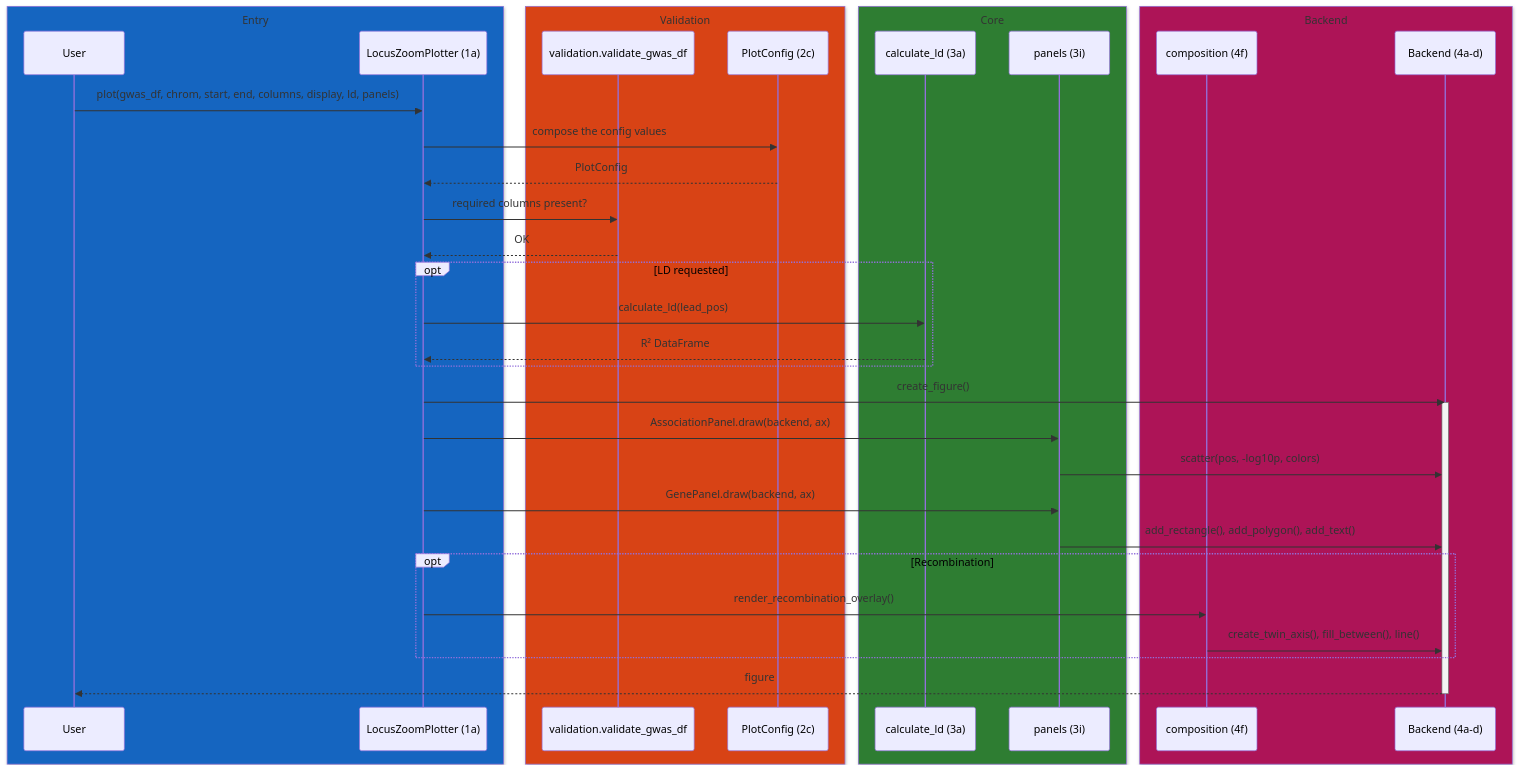
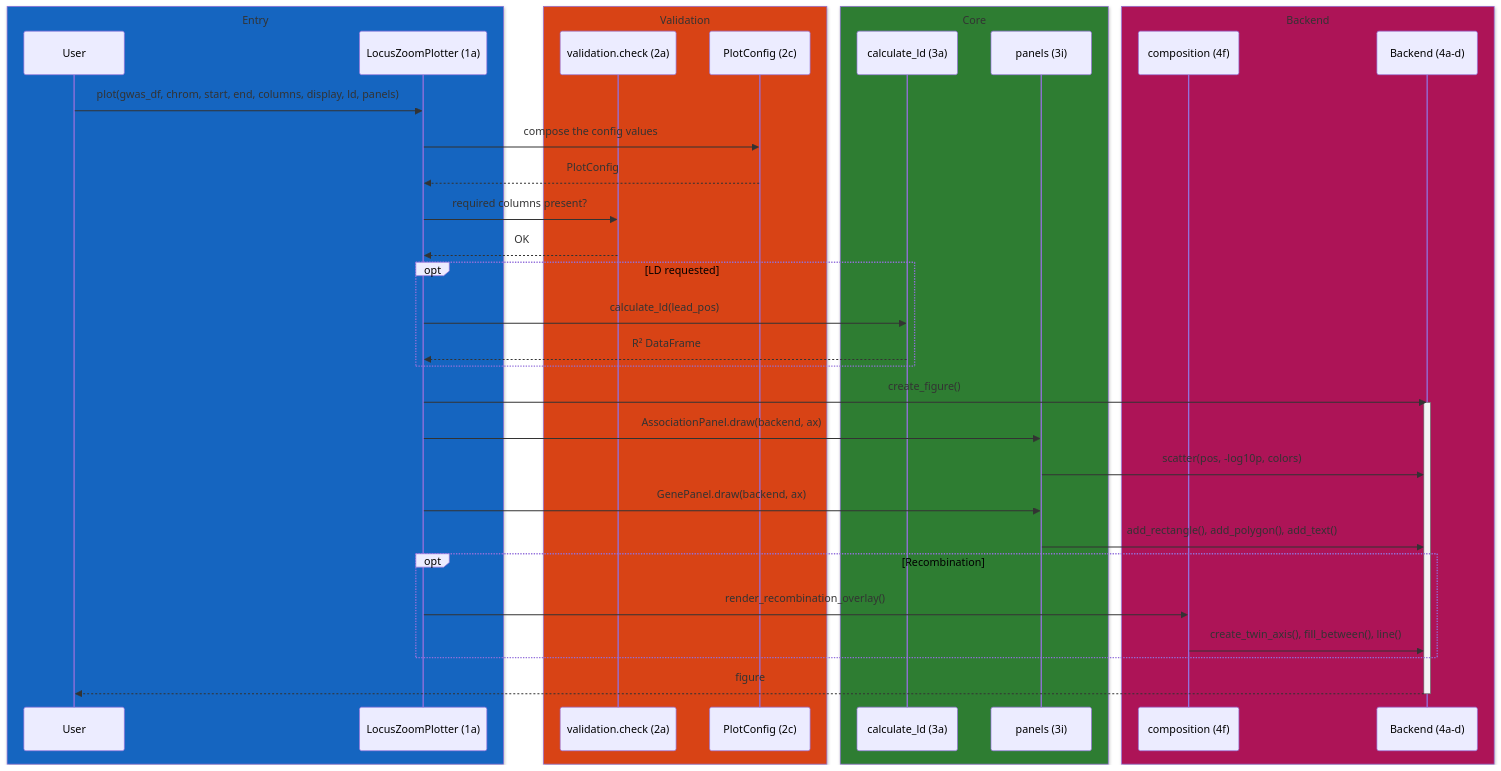
Before and after one commit to michael-denyer/pyLocusZoom: the second of 3 diagrams in docs/CODEMAP.md, drawn with Mermaid. The commit also changed other lines of this file and 78 other files, not shown here.

````diff
--- a/docs/CODEMAP.md
+++ b/docs/CODEMAP.md
@@ -320,43 +321,43 @@
 ```mermaid
 sequenceDiagram
     box rgb(21, 101, 192) Entry
         participant U as User
         participant P as LocusZoomPlotter (1a)
     end
     box rgb(216, 67, 21) Validation
-        participant V as validation.validate_gwas_df
+        participant V as validation.check (2a)
         participant C as PlotConfig (2c)
     end
     box rgb(46, 125, 50) Core
         participant L as calculate_ld (3a)
         participant G as panels (3i)
     end
     box rgb(173, 20, 87) Backend
         participant O as composition (4f)
         participant B as Backend (4a-d)
     end
 
     U->>P: plot(gwas_df, chrom, start, end, columns, display, ld, panels)
     P->>C: compose the config values
     C-->>P: PlotConfig
     P->>V: required columns present?
     V-->>P: OK
 
     opt LD requested
         P->>L: calculate_ld(lead_pos)
         L-->>P: R² DataFrame
     end
 
     P->>B: create_figure()
     activate B
     P->>G: AssociationPanel.draw(backend, ax)
     G->>B: scatter(pos, -log10p, colors)
     P->>G: GenePanel.draw(backend, ax)
     G->>B: add_rectangle(), add_polygon(), add_text()
     opt Recombination
         P->>O: render_recombination_overlay()
         O->>B: create_twin_axis(), fill_between(), line()
     end
     B-->>U: figure
     deactivate B
 ```
````
